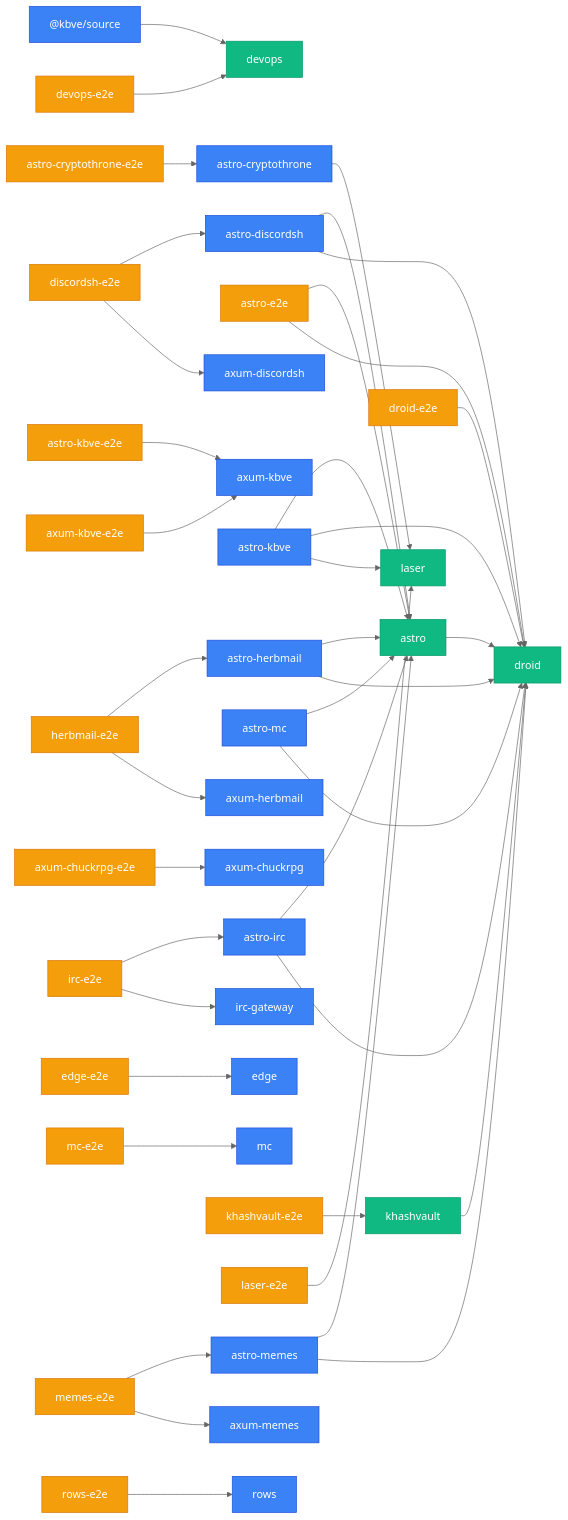
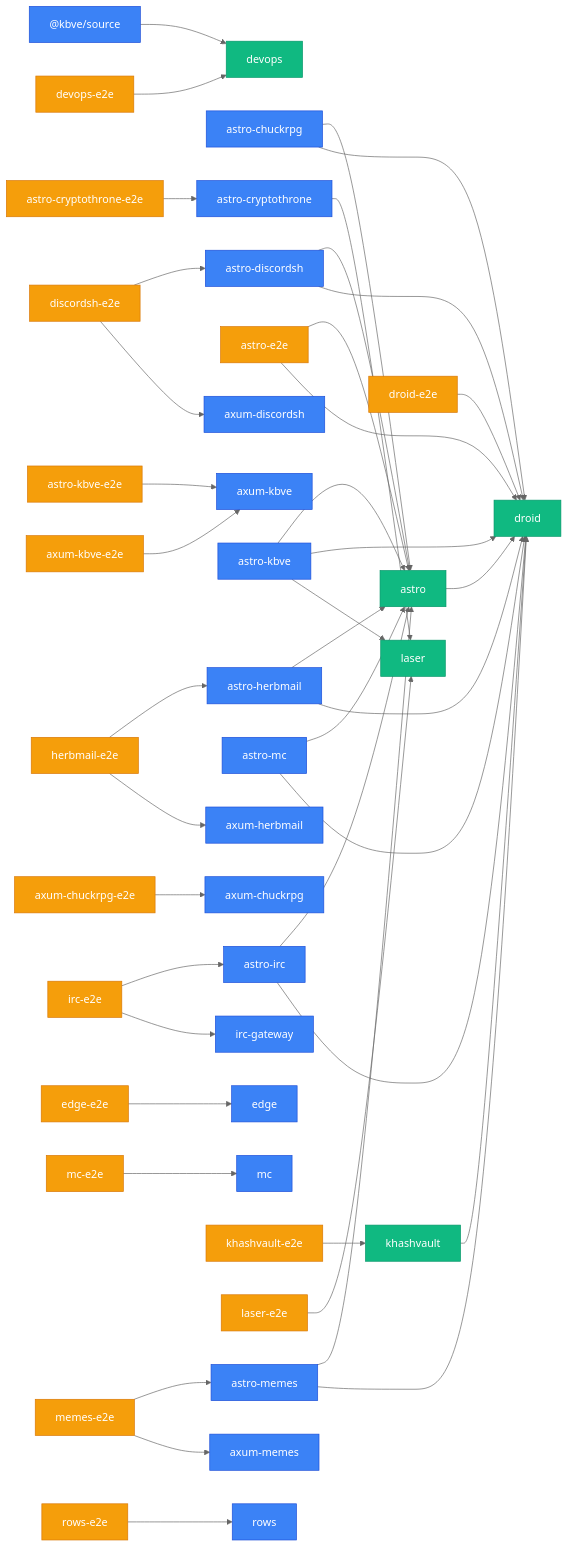
One commit to KBVE/kbve changed the third of 3 diagrams in apps/kbve/astro-kbve/src/content/docs/dashboard/graph.mdx. Above: the diagram before and after it, drawn with Mermaid (neutral theme). The commit also changed other lines of this file and 8 other files, not shown here.

````diff
--- a/apps/kbve/astro-kbve/src/content/docs/dashboard/graph.mdx
+++ b/apps/kbve/astro-kbve/src/content/docs/dashboard/graph.mdx
@@ -79,47 +79,49 @@
 ```mermaid
 graph LR
     classDef app fill:#3b82f6,stroke:#1d4ed8,color:#fff
     classDef lib fill:#10b981,stroke:#059669,color:#fff
     classDef e2e fill:#f59e0b,stroke:#d97706,color:#fff
     _kbve_source["@kbve/source"] --> devops["devops"]
     astro["astro"] --> droid["droid"]
+    astro_chuckrpg["astro-chuckrpg"] --> astro["astro"]
+    astro_chuckrpg["astro-chuckrpg"] --> droid["droid"]
     astro_cryptothrone["astro-cryptothrone"] --> laser["laser"]
     astro_cryptothrone_e2e["astro-cryptothrone-e2e"] --> astro_cryptothrone["astro-cryptothrone"]
     astro_discordsh["astro-discordsh"] --> astro["astro"]
     astro_discordsh["astro-discordsh"] --> droid["droid"]
     astro_e2e["astro-e2e"] --> astro["astro"]
     astro_e2e["astro-e2e"] --> droid["droid"]
     astro_herbmail["astro-herbmail"] --> astro["astro"]
     astro_herbmail["astro-herbmail"] --> droid["droid"]
     astro_irc["astro-irc"] --> astro["astro"]
     astro_irc["astro-irc"] --> droid["droid"]
     astro_kbve["astro-kbve"] --> astro["astro"]
     astro_kbve["astro-kbve"] --> droid["droid"]
     astro_kbve["astro-kbve"] --> laser["laser"]
     astro_kbve_e2e["astro-kbve-e2e"] --> axum_kbve["axum-kbve"]
     astro_mc["astro-mc"] --> astro["astro"]
     astro_mc["astro-mc"] --> droid["droid"]
     astro_memes["astro-memes"] --> astro["astro"]
     astro_memes["astro-memes"] --> droid["droid"]
     axum_chuckrpg_e2e["axum-chuckrpg-e2e"] --> axum_chuckrpg["axum-chuckrpg"]
     axum_kbve_e2e["axum-kbve-e2e"] --> axum_kbve["axum-kbve"]
     devops_e2e["devops-e2e"] --> devops["devops"]
     discordsh_e2e["discordsh-e2e"] --> astro_discordsh["astro-discordsh"]
     discordsh_e2e["discordsh-e2e"] --> axum_discordsh["axum-discordsh"]
     droid_e2e["droid-e2e"] --> droid["droid"]
     edge_e2e["edge-e2e"] --> edge["edge"]
     herbmail_e2e["herbmail-e2e"] --> astro_herbmail["astro-herbmail"]
     herbmail_e2e["herbmail-e2e"] --> axum_herbmail["axum-herbmail"]
     irc_e2e["irc-e2e"] --> astro_irc["astro-irc"]
     irc_e2e["irc-e2e"] --> irc_gateway["irc-gateway"]
     khashvault["khashvault"] --> droid["droid"]
     khashvault_e2e["khashvault-e2e"] --> khashvault["khashvault"]
     laser_e2e["laser-e2e"] --> laser["laser"]
     mc_e2e["mc-e2e"] --> mc["mc"]
     memes_e2e["memes-e2e"] --> astro_memes["astro-memes"]
     memes_e2e["memes-e2e"] --> axum_memes["axum-memes"]
     rows_e2e["rows-e2e"] --> rows["rows"]
     class _kbve_source,angelscript,astro_chuckrpg,astro_cryptothrone,astro_discordsh,astro_herbmail,astro_irc,astro_kbve,astro_mc,astro_memes,axum_chuckrpg,axum_cryptothrone,axum_discordsh,axum_herbmail,axum_kbve,axum_memes,cryptothrone,desktop_kbve,discordsh,edge,herbmail,irc,irc_gateway,isometric,kilobase,mc,memes,notification_bot,ows,pydesk,rows app
-    class astro,bevy_battle,bevy_cam,bevy_inventory,bevy_items,bevy_kbve_net,bevy_mapdb,bevy_npc,bevy_player,bevy_quests,bevy_skills,bevy_statemachine,bevy_tasker,data_proto,devops,droid,erust,holy,jedi,kbve,khashvault,laser,python_fudster,python_kbve,q,soul lib
+    class astro,bevy_battle,bevy_cam,bevy_inventory,bevy_items,bevy_kbve_net,bevy_mapdb,bevy_npc,bevy_player,bevy_quests,bevy_skills,bevy_statemachine,bevy_tasker,chisel_ubuntu_axum,data_proto,devops,droid,erust,holy,jedi,kbve,khashvault,laser,python_fudster,python_kbve,q,soul lib
     class astro_cryptothrone_e2e,astro_e2e,astro_kbve_e2e,axum_chuckrpg_e2e,axum_kbve_e2e,devops_e2e,discordsh_e2e,droid_e2e,edge_e2e,herbmail_e2e,irc_e2e,khashvault_e2e,laser_e2e,mc_e2e,memes_e2e,rows_e2e e2e
 ```
````
